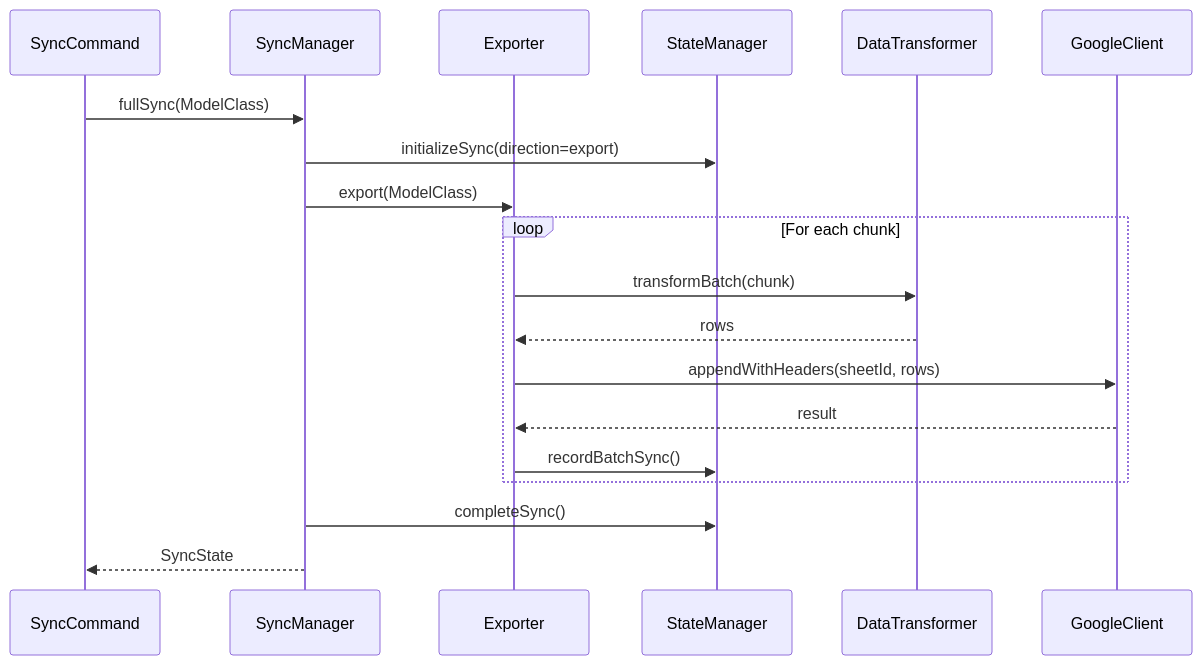
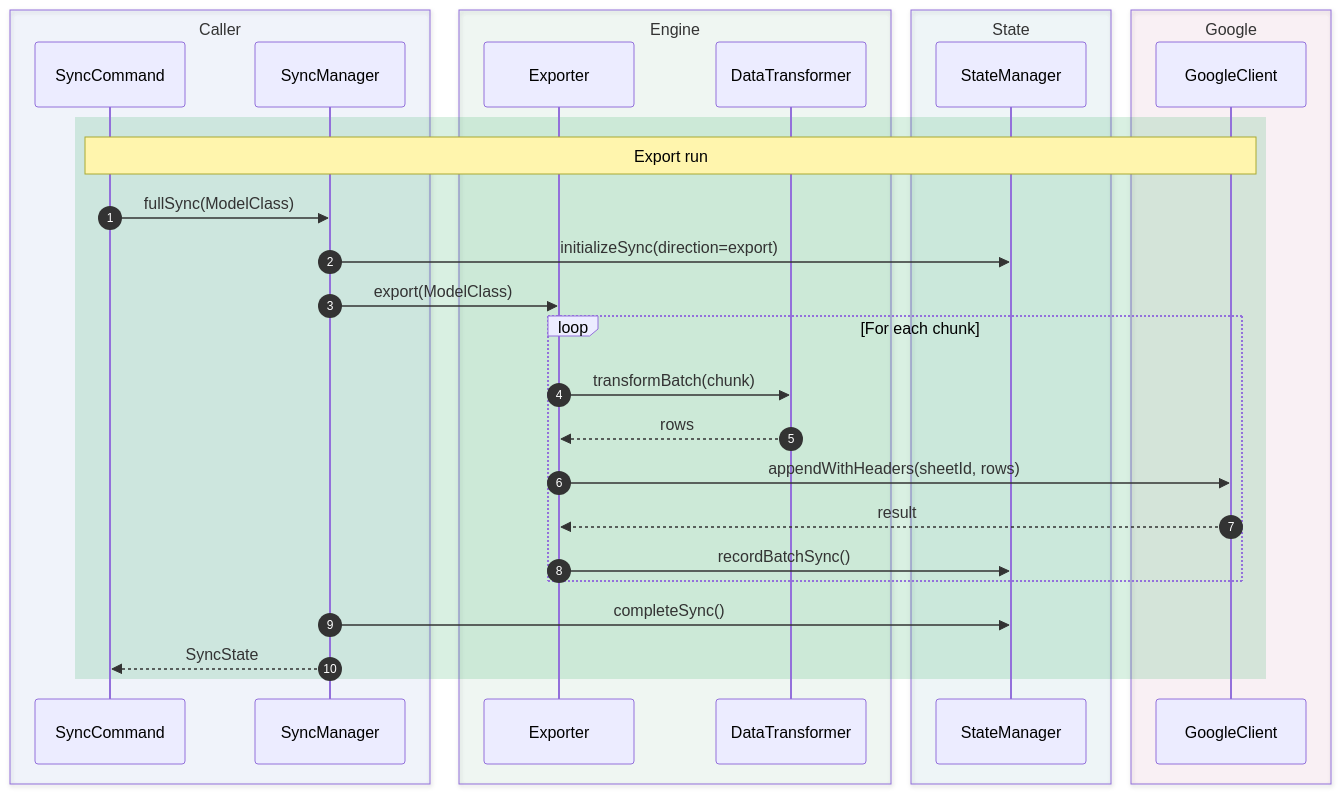
One commit to ultra-bugs/syncro-sheet changed the second of 4 diagrams in docs/COMPONENTS_OVERVIEW.md. Above: the diagram before and after it, drawn with Mermaid. The commit also changed other lines of this file and 1 other file, not shown here.

First line of the commit message:
Docs: standardize README + component overview (GFM + Mermaid)

````diff
--- a/docs/COMPONENTS_OVERVIEW.md
+++ b/docs/COMPONENTS_OVERVIEW.md
@@ -258,24 +345,34 @@
 ```mermaid
 sequenceDiagram
-    participant Command as SyncCommand
-    participant Manager as SyncManager
-    participant Processor as Exporter
-    participant State as StateManager
-    participant Transformer as DataTransformer
-    participant Client as GoogleClient
-
-    Command->>Manager: fullSync(ModelClass)
-    Manager->>State: initializeSync(direction=export)
-    Manager->>Processor: export(ModelClass)
-
-    loop For each chunk
-        Processor->>Transformer: transformBatch(chunk)
-        Transformer-->>Processor: rows
-        Processor->>Client: appendWithHeaders(sheetId, rows)
-        Client-->>Processor: result
-        Processor->>State: recordBatchSync()
+    autonumber
+    box rgba(37,99,235,0.05) Caller
+        participant Command as SyncCommand
+        participant Manager as SyncManager
+    end
+    box rgba(22,163,74,0.05) Engine
+        participant Processor as Exporter
+        participant Transformer as DataTransformer
+    end
+    box rgba(8,145,178,0.05) State
+        participant State as StateManager
+    end
+    box rgba(219,39,119,0.05) Google
+        participant Client as GoogleClient
     end
 
-    Manager->>State: completeSync()
-    Manager-->>Command: SyncState
+    rect rgba(22,163,74,0.16)
+        Note over Command,Client: Export run
+        Command->>Manager: fullSync(ModelClass)
+        Manager->>State: initializeSync(direction=export)
+        Manager->>Processor: export(ModelClass)
+        loop For each chunk
+            Processor->>Transformer: transformBatch(chunk)
+            Transformer-->>Processor: rows
+            Processor->>Client: appendWithHeaders(sheetId, rows)
+            Client-->>Processor: result
+            Processor->>State: recordBatchSync()
+        end
+        Manager->>State: completeSync()
+        Manager-->>Command: SyncState
+    end
 ```
````
